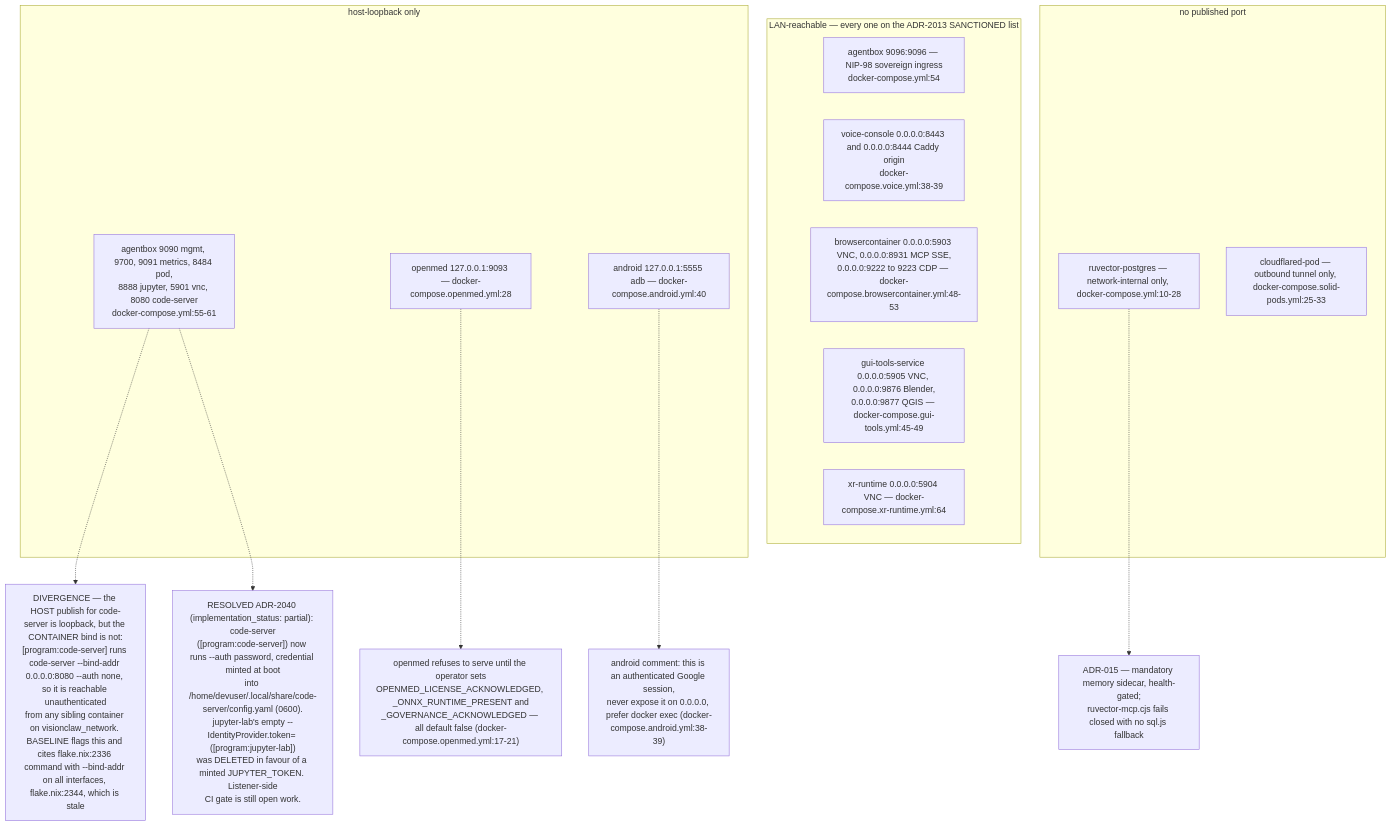
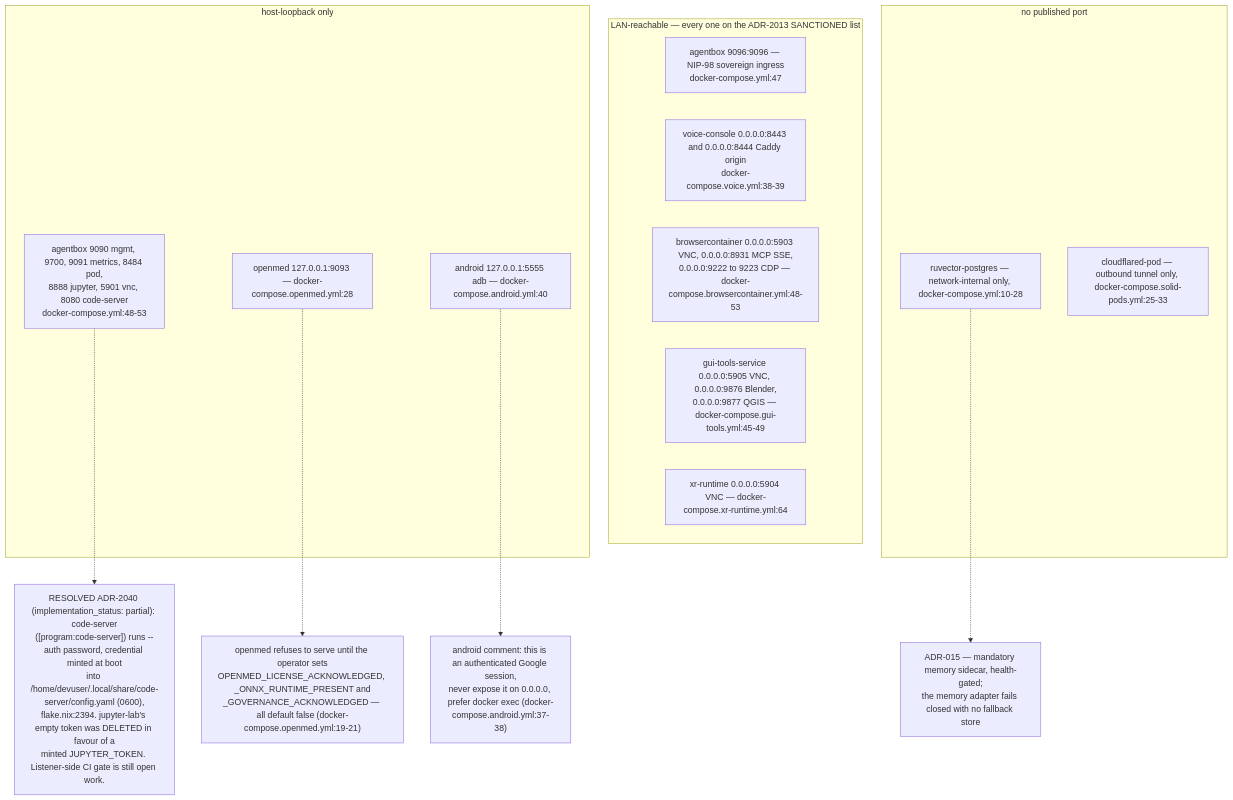
The seventh of 11 diagrams in docs/diagrams/agentbox/06-sidecars-and-compose-overlays.md (DreamLab-AI/VisionFlow), drawn with Mermaid before and after one commit. The commit also changed other lines of this file and 136 other files, not shown here.

First line of the commit message:
docs(diagrams): refresh the whole corpus to code HEAD and prune low-value diagrams

````diff
--- a/docs/diagrams/agentbox/06-sidecars-and-compose-overlays.md
+++ b/docs/diagrams/agentbox/06-sidecars-and-compose-overlays.md
@@ -213,24 +209,23 @@
 ```mermaid
 flowchart TB
     subgraph LANP["LAN-reachable — every one on the ADR-2013 SANCTIONED list"]
-        P1["agentbox 9096:9096 — NIP-98 sovereign ingress<br/>docker-compose.yml:54"]
+        P1["agentbox 9096:9096 — NIP-98 sovereign ingress<br/>docker-compose.yml:47"]
         P2["voice-console 0.0.0.0:8443 and 0.0.0.0:8444 Caddy origin<br/>docker-compose.voice.yml:38-39"]
         P3["browsercontainer 0.0.0.0:5903 VNC, 0.0.0.0:8931 MCP SSE,<br/>0.0.0.0:9222 to 9223 CDP — docker-compose.browsercontainer.yml:48-53"]
         P4["gui-tools-service 0.0.0.0:5905 VNC, 0.0.0.0:9876 Blender,<br/>0.0.0.0:9877 QGIS — docker-compose.gui-tools.yml:45-49"]
         P5["xr-runtime 0.0.0.0:5904 VNC — docker-compose.xr-runtime.yml:64"]
     end
     subgraph LOOP["host-loopback only"]
-        Q1["agentbox 9090 mgmt, 9700, 9091 metrics, 8484 pod,<br/>8888 jupyter, 5901 vnc, 8080 code-server<br/>docker-compose.yml:55-61"]
+        Q1["agentbox 9090 mgmt, 9700, 9091 metrics, 8484 pod,<br/>8888 jupyter, 5901 vnc, 8080 code-server<br/>docker-compose.yml:48-53"]
         Q2["openmed 127.0.0.1:9093 — docker-compose.openmed.yml:28"]
         Q3["android 127.0.0.1:5555 adb — docker-compose.android.yml:40"]
     end
     subgraph NONE["no published port"]
         R1["ruvector-postgres — network-internal only, docker-compose.yml:10-28"]
         R2["cloudflared-pod — outbound tunnel only, docker-compose.solid-pods.yml:25-33"]
     end
-    Q3 -.-> AND["android comment: this is an authenticated Google session,<br/>never expose it on 0.0.0.0, prefer docker exec (docker-compose.android.yml:38-39)"]
-    Q2 -.-> OM["openmed refuses to serve until the operator sets<br/>OPENMED_LICENSE_ACKNOWLEDGED, _ONNX_RUNTIME_PRESENT and<br/>_GOVERNANCE_ACKNOWLEDGED — all default false (docker-compose.openmed.yml:17-21)"]
-    Q1 -.-> CS["DIVERGENCE — the HOST publish for code-server is loopback, but the CONTAINER bind is not:<br/>[program:code-server] runs code-server --bind-addr 0.0.0.0:8080 --auth none, so it is reachable unauthenticated<br/>from any sibling container on visionclaw_network. BASELINE flags this and cites flake.nix:2336 command with --bind-addr on all interfaces, flake.nix:2344, which is stale"]
-    Q1 -.-> CSR["RESOLVED ADR-2040 (implementation_status: partial): code-server<br/>([program:code-server]) now runs --auth password, credential minted at boot<br/>into /home/devuser/.local/share/code-server/config.yaml (0600).<br/>jupyter-lab's empty --IdentityProvider.token= ([program:jupyter-lab])<br/>was DELETED in favour of a minted JUPYTER_TOKEN. Listener-side<br/>CI gate is still open work."]
-    R1 -.-> PGN["ADR-015 — mandatory memory sidecar, health-gated;<br/>ruvector-mcp.cjs fails closed with no sql.js fallback"]
+    Q3 -.-> AND["android comment: this is an authenticated Google session,<br/>never expose it on 0.0.0.0, prefer docker exec (docker-compose.android.yml:37-38)"]
+    Q2 -.-> OM["openmed refuses to serve until the operator sets<br/>OPENMED_LICENSE_ACKNOWLEDGED, _ONNX_RUNTIME_PRESENT and<br/>_GOVERNANCE_ACKNOWLEDGED — all default false (docker-compose.openmed.yml:19-21)"]
+    Q1 -.-> CSR["RESOLVED ADR-2040 (implementation_status: partial): code-server<br/>([program:code-server]) runs --auth password, credential minted at boot<br/>into /home/devuser/.local/share/code-server/config.yaml (0600),<br/>flake.nix:2394. jupyter-lab's empty token was DELETED in favour of a<br/>minted JUPYTER_TOKEN. Listener-side CI gate is still open work."]
+    R1 -.-> PGN["ADR-015 — mandatory memory sidecar, health-gated;<br/>the memory adapter fails closed with no fallback store"]
 ```
````
